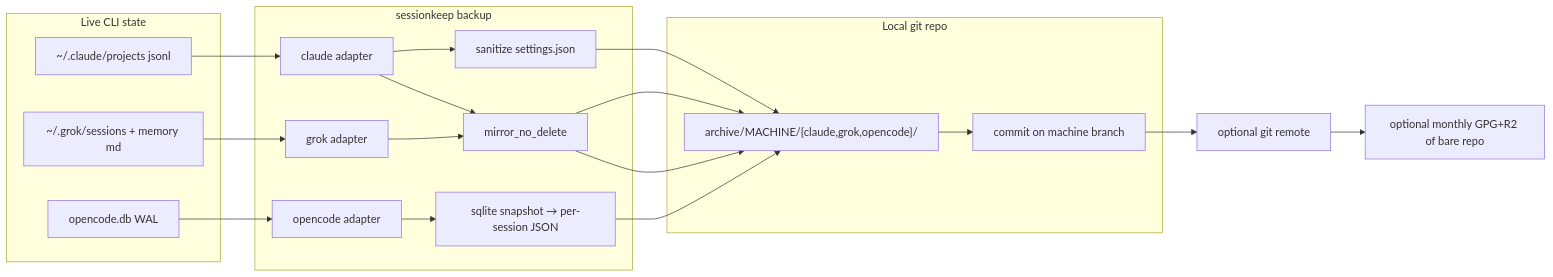
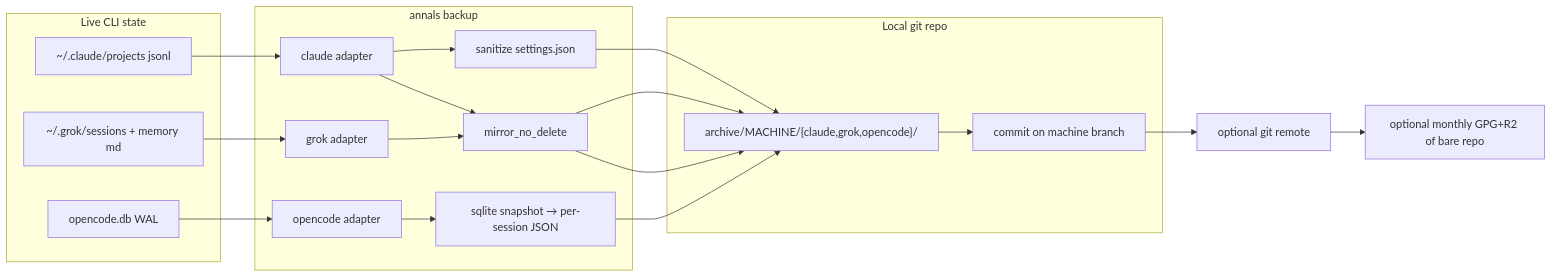
One commit to zhongweili/annals changed the first of 2 diagrams in SPECIFICATION.md. Above: the diagram before and after it, drawn with Mermaid. The commit also changed other lines of this file and 33 other files, not shown here.

First line of the commit message:
Fix two ship-blockers; rename sessionkeep -> annals

````diff
--- a/SPECIFICATION.md
+++ b/SPECIFICATION.md
@@ -92,29 +92,29 @@
 ```mermaid
 flowchart LR
   subgraph sources [Live CLI state]
     CC["~/.claude/projects jsonl"]
     GK["~/.grok/sessions + memory md"]
     OC["opencode.db WAL"]
   end
-  subgraph harvest [sessionkeep backup]
+  subgraph harvest [annals backup]
     A1[claude adapter]
     A2[grok adapter]
     A3[opencode adapter]
     M["mirror_no_delete"]
     S["sqlite snapshot → per-session JSON"]
     Z["sanitize settings.json"]
   end
   subgraph archive [Local git repo]
     DIR["archive/MACHINE/{claude,grok,opencode}/"]
     GIT[commit on machine branch]
   end
   R[optional git remote]
   R2["optional monthly GPG+R2 of bare repo"]
 
   CC --> A1 --> M --> DIR
   GK --> A2 --> M --> DIR
   OC --> A3 --> S --> DIR
   A1 --> Z --> DIR
   DIR --> GIT --> R
   R --> R2
 ```
````
